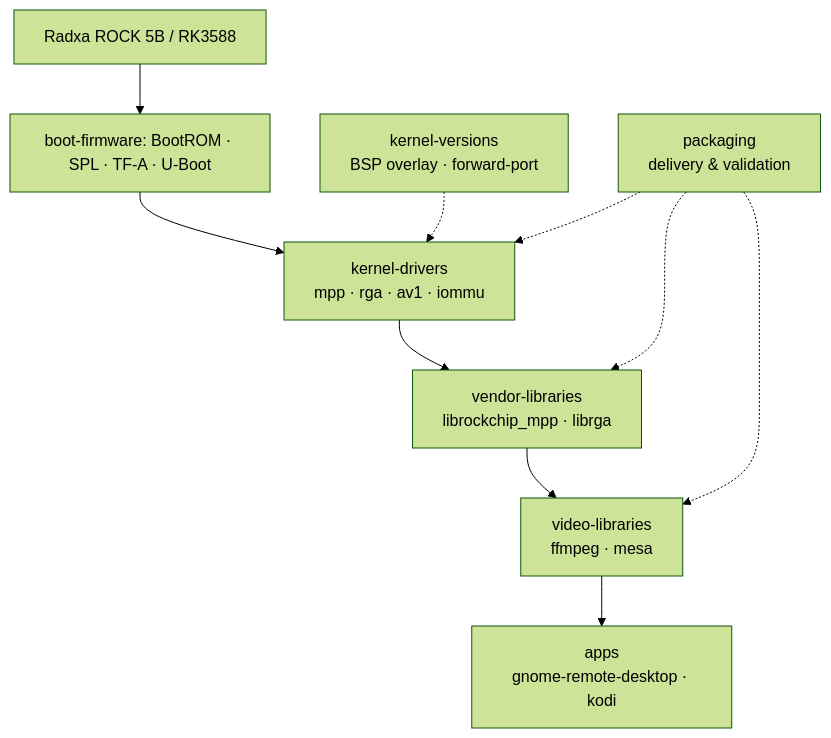
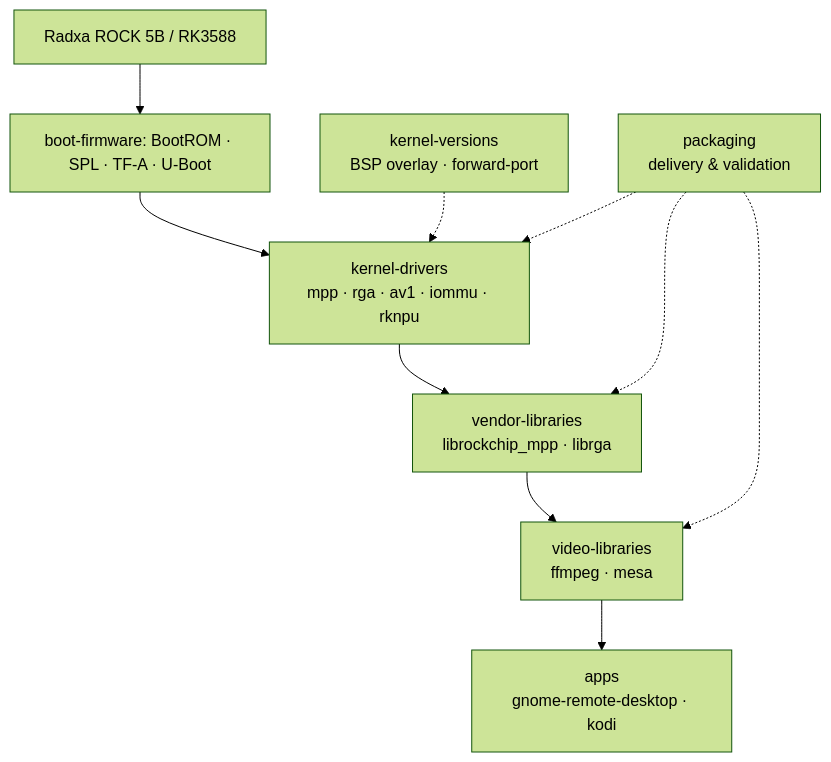
The diagram in README.md (yisding/rock-5b-ysp), drawn with Mermaid (forest theme) before and after one commit. The commit also changed other lines of this file and 11 other files, not shown here.

````diff
--- a/README.md
+++ b/README.md
@@ -59,18 +61,18 @@
 ```mermaid
 flowchart TB
   board["Radxa ROCK 5B / RK3588"]
   boot["boot-firmware: BootROM · SPL · TF-A · U-Boot"]
   kver["kernel-versions<br/>BSP overlay · forward-port"]
-  kernel["kernel-drivers<br/>mpp · rga · av1 · iommu"]
+  kernel["kernel-drivers<br/>mpp · rga · av1 · iommu · rknpu"]
   libs["vendor-libraries<br/>librockchip_mpp · librga"]
   video["video-libraries<br/>ffmpeg · mesa"]
   apps["apps<br/>gnome-remote-desktop · kodi"]
   packaging["packaging<br/>delivery & validation"]
 
   board --> boot --> kernel
   kver -.-> kernel
   kernel --> libs --> video --> apps
   packaging -.-> kernel
   packaging -.-> libs
   packaging -.-> video
 ```
````
